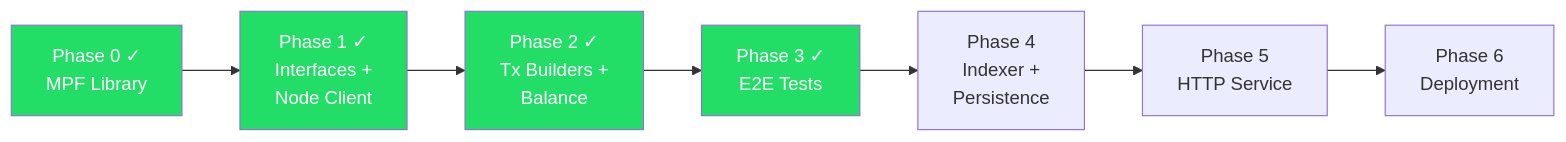
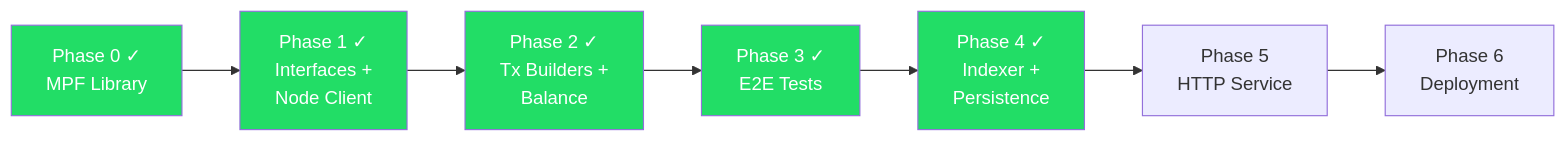
Before and after one commit to paolino/haskell-mpf: the second of 2 diagrams in PLAN.md, drawn with Mermaid. The commit also changed other lines of this file and 12 other files, not shown here.

````diff
--- a/PLAN.md
+++ b/PLAN.md
@@ -268,17 +270,18 @@
 ```mermaid
 graph LR
     P0["Phase 0 ✓\nMPF Library"]
     P1["Phase 1 ✓\nInterfaces +\nNode Client"]
     P2["Phase 2 ✓\nTx Builders +\nBalance"]
     P3["Phase 3 ✓\nE2E Tests"]
-    P4["Phase 4\nIndexer +\nPersistence"]
+    P4["Phase 4 ✓\nIndexer +\nPersistence"]
     P5["Phase 5\nHTTP Service"]
     P6["Phase 6\nDeployment"]
 
     P0 --> P1 --> P2 --> P3 --> P4 --> P5 --> P6
 
     style P0 fill:#2d6,color:#fff
     style P1 fill:#2d6,color:#fff
     style P2 fill:#2d6,color:#fff
     style P3 fill:#2d6,color:#fff
+    style P4 fill:#2d6,color:#fff
 ```
````
